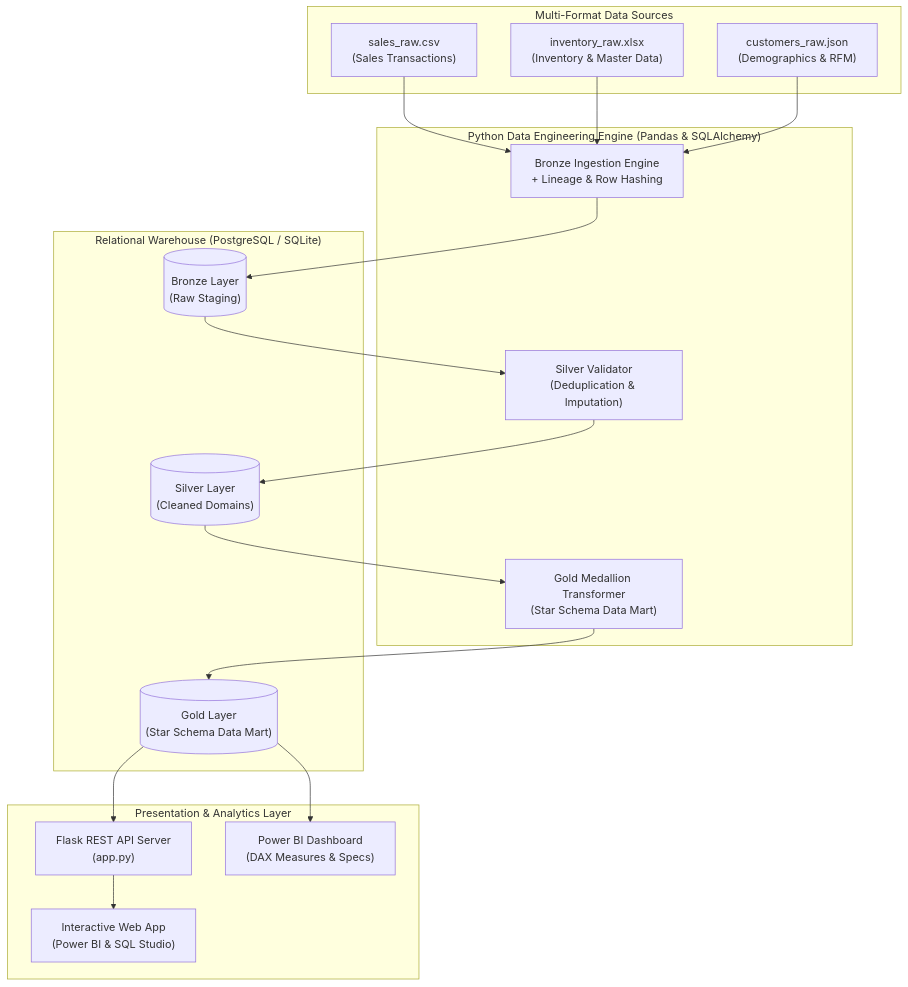
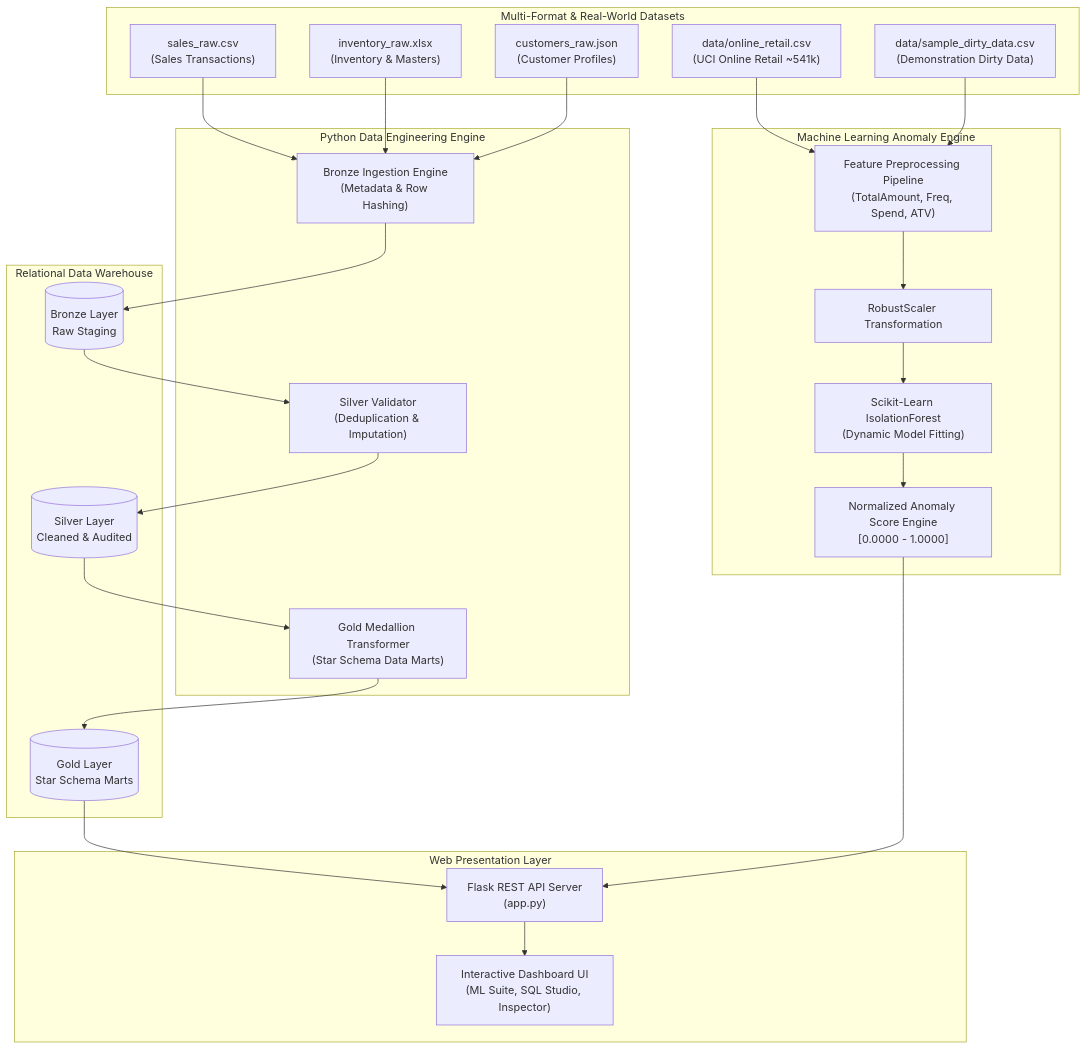
One commit to kiranjoshi02003-cmyk/Smart-Retail-Data-Lake-ETL-Platform changed the diagram in README.md. Above: the diagram before and after it, drawn with Mermaid. The commit also changed other lines of this file, not shown here.

Commit message:
docs: Update README.md with comprehensive documentation for UCI Online Retail dataset, scikit-learn Isolation Forest ML Anomaly Detection pipeline, API endpoints, and system architecture

````diff
--- a/README.md
+++ b/README.md
@@ -15,40 +18,53 @@
 ```mermaid
 flowchart TD
-    subgraph Sources ["Multi-Format Data Sources"]
+    subgraph Sources ["Multi-Format & Real-World Datasets"]
         CSV["sales_raw.csv<br/>(Sales Transactions)"]
-        XLSX["inventory_raw.xlsx<br/>(Inventory & Master Data)"]
-        JSON["customers_raw.json<br/>(Demographics & RFM)"]
+        XLSX["inventory_raw.xlsx<br/>(Inventory & Masters)"]
+        JSON["customers_raw.json<br/>(Customer Profiles)"]
+        UCI["data/online_retail.csv<br/>(UCI Online Retail ~541k)"]
+        DIRTY["data/sample_dirty_data.csv<br/>(Demonstration Dirty Data)"]
     end
 
-    subgraph ETL ["Python Data Engineering Engine (Pandas & SQLAlchemy)"]
-        INGEST["Bronze Ingestion Engine<br/>+ Lineage & Row Hashing"]
+    subgraph ETL ["Python Data Engineering Engine"]
+        INGEST["Bronze Ingestion Engine<br/>(Metadata & Row Hashing)"]
         VAL["Silver Validator<br/>(Deduplication & Imputation)"]
-        TRANS["Gold Medallion Transformer<br/>(Star Schema Data Mart)"]
+        TRANS["Gold Medallion Transformer<br/>(Star Schema Data Marts)"]
     end
 
-    subgraph Storage ["Relational Warehouse (PostgreSQL / SQLite)"]
-        BRONZE[("Bronze Layer<br/>(Raw Staging)")]
-        SILVER[("Silver Layer<br/>(Cleaned Domains)")]
-        GOLD[("Gold Layer<br/>(Star Schema Data Mart)")]
+    subgraph ML ["Machine Learning Anomaly Engine"]
+        PRE["Feature Preprocessing Pipeline<br/>(TotalAmount, Freq, Spend, ATV)"]
+        SCALE["RobustScaler Transformation"]
+        ISOF["Scikit-Learn IsolationForest<br/>(Dynamic Model Fitting)"]
+        SCORE["Normalized Anomaly Score Engine<br/>[0.0000 - 1.0000]"]
     end
 
-    subgraph Presentation ["Presentation & Analytics Layer"]
+    subgraph Storage ["Relational Data Warehouse"]
+        BRONZE[("Bronze Layer<br/>Raw Staging")]
+        SILVER[("Silver Layer<br/>Cleaned & Audited")]
+        GOLD[("Gold Layer<br/>Star Schema Marts")]
+    end
+
+    subgraph Presentation ["Web Presentation Layer"]
         FLASK["Flask REST API Server<br/>(app.py)"]
-        WEB["Interactive Web App<br/>(Power BI & SQL Studio)"]
-        PBI["Power BI Dashboard<br/>(DAX Measures & Specs)"]
+        WEB["Interactive Dashboard UI<br/>(ML Suite, SQL Studio, Inspector)"]
     end
 
     CSV --> INGEST
     XLSX --> INGEST
     JSON --> INGEST
-
     INGEST --> BRONZE
     BRONZE --> VAL
     VAL --> SILVER
     SILVER --> TRANS
     TRANS --> GOLD
 
+    UCI --> PRE
+    DIRTY --> PRE
+    PRE --> SCALE
+    SCALE --> ISOF
+    ISOF --> SCORE
+
     GOLD --> FLASK
+    SCORE --> FLASK
     FLASK --> WEB
-    GOLD --> PBI
 ```
````
